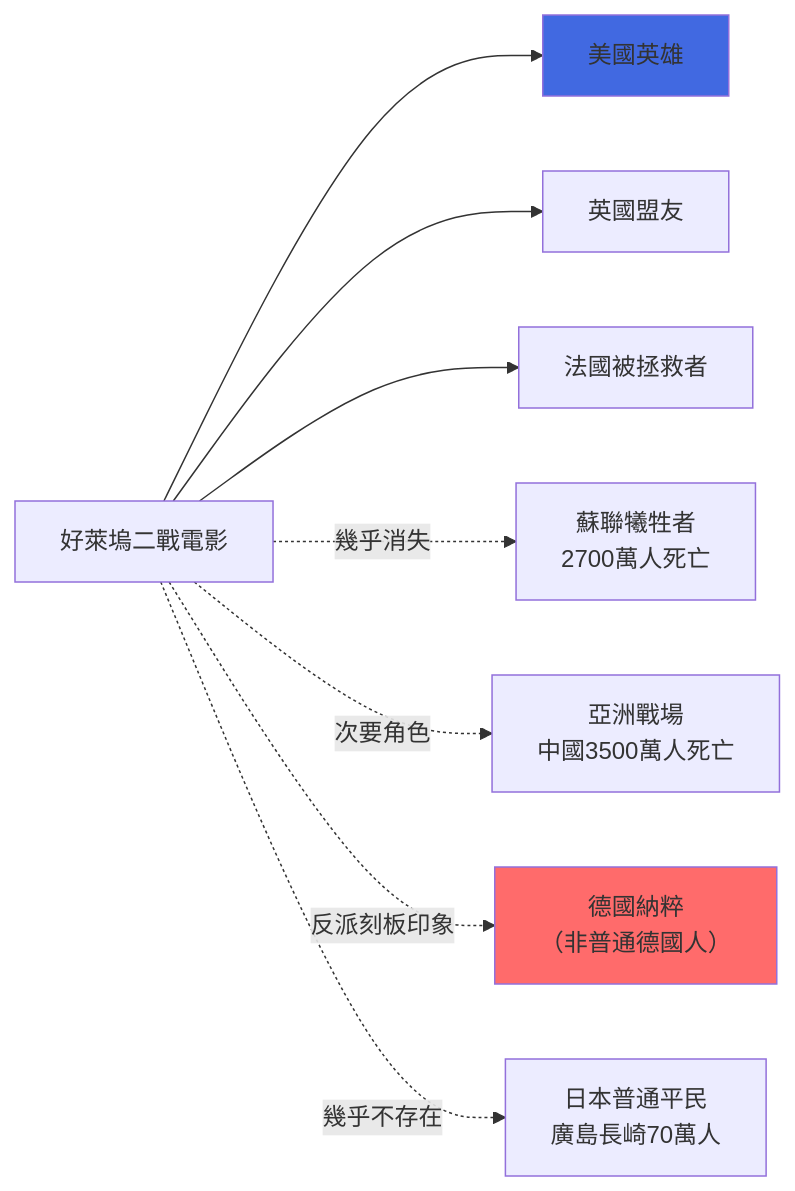
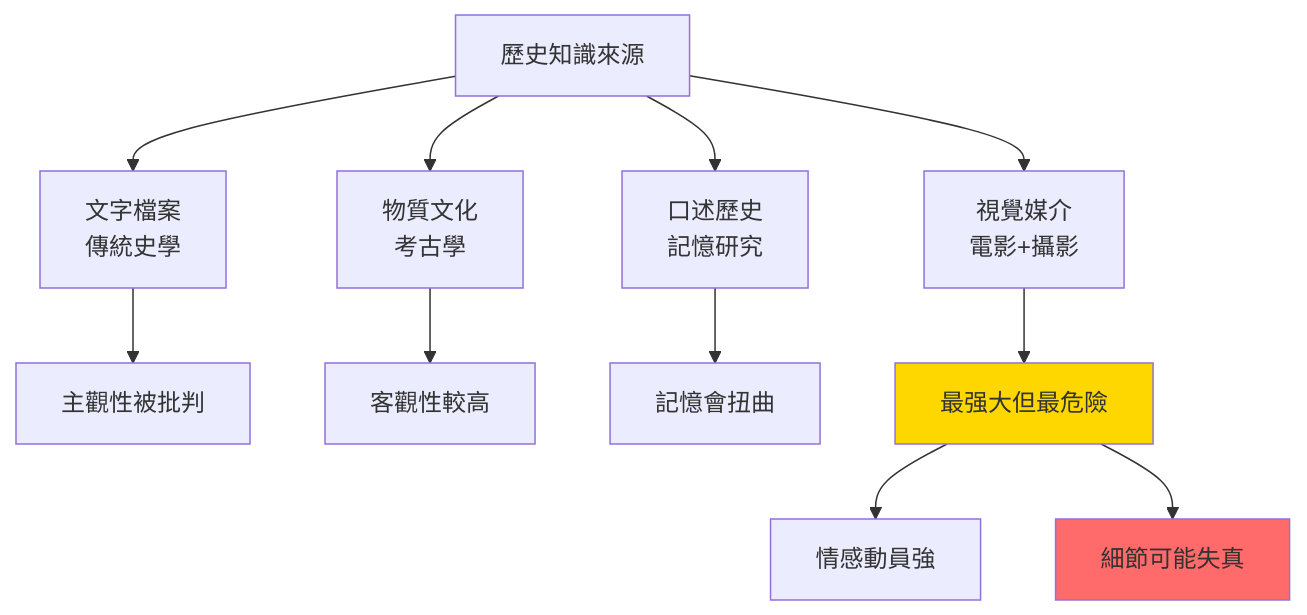
One commit to yip-lgtm/HKU-Harvard-History-Self-Study changed the third of 10 diagrams in 01_HKU_Courses/HIST2031_History_through_Film.md. Above: the diagram before and after it, drawn with Mermaid. The commit also changed other lines of this file and 25 other files, not shown here.

````diff
--- a/01_HKU_Courses/HIST2031_History_through_Film.md
+++ b/01_HKU_Courses/HIST2031_History_through_Film.md
@@ -139,12 +185,15 @@
 ```mermaid
-graph LR
-    A["好萊塢二戰電影"] --> B["美國英雄"]
-    A --> C["英國盟友"]
-    A --> D["法國被拯救者"]
-    A -.->|"幾乎消失"| E["蘇聯犧牲者<br/>2700萬人死亡"]
-    A -.->|"次要角色"| F["亞洲戰場<br/>中國3500萬人死亡"]
-    A -.->|"反派刻板印象"| G["德國納粹<br/>（非普通德國人）"]
-    A -.->|"幾乎不存在"| H["日本普通平民<br/>廣島長崎70萬人"]
-    style B fill:#4169E1
-    style G fill:#FF6B6B
+graph TD
+    A["歷史知識來源"] --> B["文字檔案<br/>傳統史學"]
+    A --> C["物質文化<br/>考古學"]
+    A --> D["口述歷史<br/>記憶研究"]
+    A --> E["視覺媒介<br/>電影+攝影"]
+    B --> F["主觀性被批判"]
+    C --> G["客觀性較高"]
+    D --> H["記憶會扭曲"]
+    E --> I["最强大但最危險"]
+    I --> J["情感動員強"]
+    I --> K["細節可能失真"]
+    style I fill:#FFD700
+    style K fill:#FF6B6B
 ```
````
